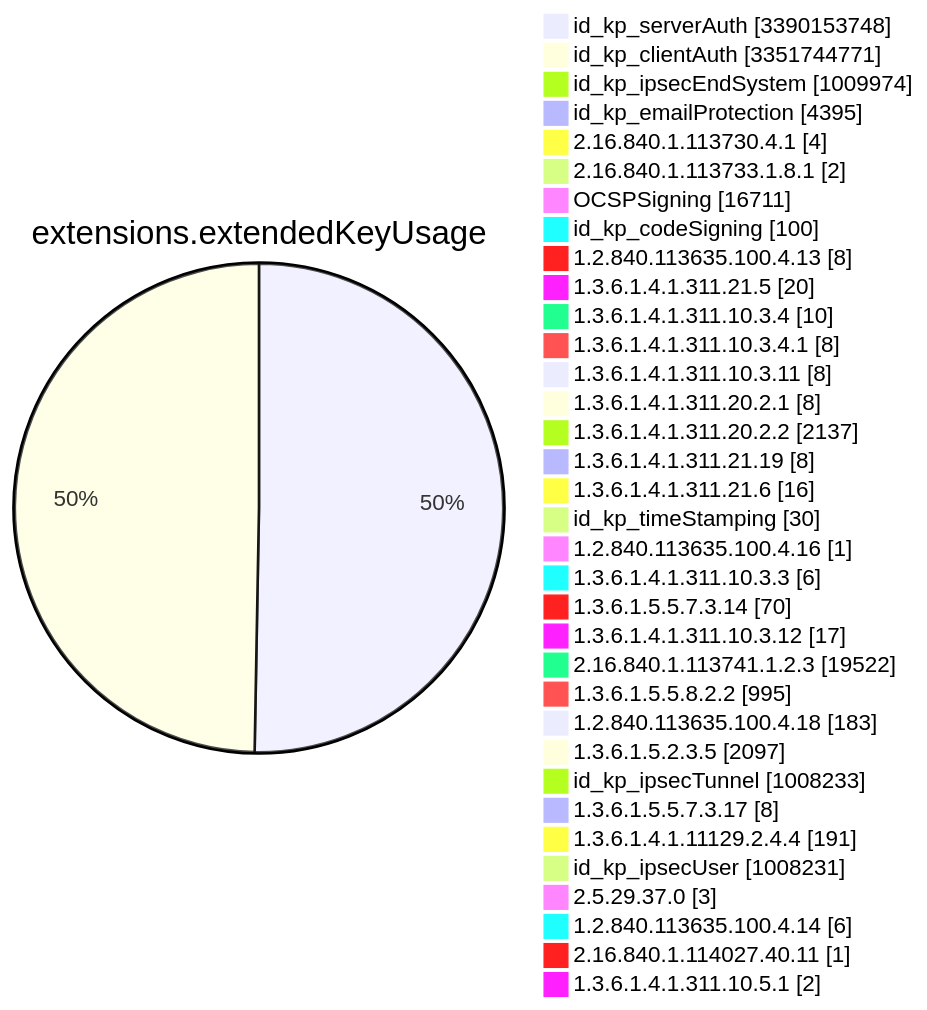
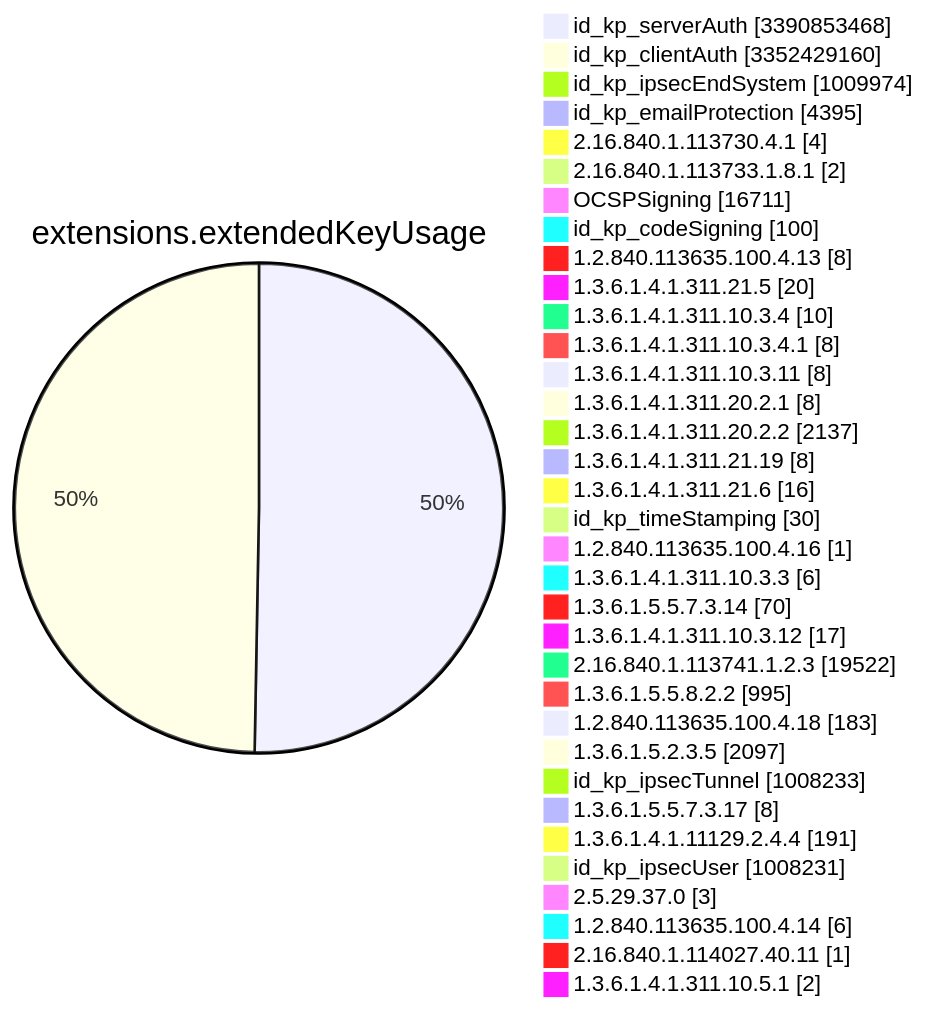
Diagram 11 of 15 in TOTAL/README.md (christiankrug/ctmonitor_visualization), drawn with Mermaid before and after one commit. The commit also changed other lines of this file, not shown here.

````diff
--- a/TOTAL/README.md
+++ b/TOTAL/README.md
@@ -4121,38 +4121,38 @@
 ```mermaid
 pie showData
 title extensions.extendedKeyUsage
-"id_kp_serverAuth" :3390153748
-"id_kp_clientAuth" :3351744771
+"id_kp_serverAuth" :3390853468
+"id_kp_clientAuth" :3352429160
 "id_kp_ipsecEndSystem" :1009974
 "id_kp_emailProtection" :4395
 "2.16.840.1.113730.4.1" :4
 "2.16.840.1.113733.1.8.1" :2
 "OCSPSigning" :16711
 "id_kp_codeSigning" :100
 "1.2.840.113635.100.4.13" :8
 "1.3.6.1.4.1.311.21.5" :20
 "1.3.6.1.4.1.311.10.3.4" :10
 "1.3.6.1.4.1.311.10.3.4.1" :8
 "1.3.6.1.4.1.311.10.3.11" :8
 "1.3.6.1.4.1.311.20.2.1" :8
 "1.3.6.1.4.1.311.20.2.2" :2137
 "1.3.6.1.4.1.311.21.19" :8
 "1.3.6.1.4.1.311.21.6" :16
 "id_kp_timeStamping" :30
 "1.2.840.113635.100.4.16" :1
 "1.3.6.1.4.1.311.10.3.3" :6
 "1.3.6.1.5.5.7.3.14" :70
 "1.3.6.1.4.1.311.10.3.12" :17
 "2.16.840.1.113741.1.2.3" :19522
 "1.3.6.1.5.5.8.2.2" :995
 "1.2.840.113635.100.4.18" :183
 "1.3.6.1.5.2.3.5" :2097
 "id_kp_ipsecTunnel" :1008233
 "1.3.6.1.5.5.7.3.17" :8
 "1.3.6.1.4.1.11129.2.4.4" :191
 "id_kp_ipsecUser" :1008231
 "2.5.29.37.0" :3
 "1.2.840.113635.100.4.14" :6
 "2.16.840.1.114027.40.11" :1
 "1.3.6.1.4.1.311.10.5.1" :2
 ```
````
